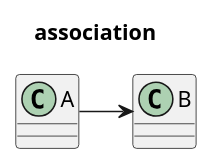
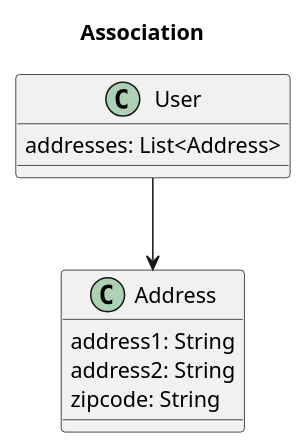
One commit to okhj159/OKLEETechOrganizer changed the fourth of 6 diagrams in cs/softwareEngineering/uml/class.puml. Above: the diagram before and after it, drawn with PlantUML. The commit also changed other lines of this file and 5 other files, not shown here.

Commit message:
[docs] class diagram 작성

```diff
--- a/cs/softwareEngineering/uml/class.puml
+++ b/cs/softwareEngineering/uml/class.puml
@@ -53,15 +68,19 @@
 @startuml
 
-title association
+title Association
 
 '매개변수로 쓰이지만 A 인스턴스가 생성될 때 필수적인 요소가 아닌 경우
 
-class A {
+class User {
+    addresses: List<Address>
 }
 
-class B {
+class Address {
+    address1: String
+    address2: String
+    zipcode: String
 }
 
-A -right-> B
+User --> Address
 
 @enduml
```
